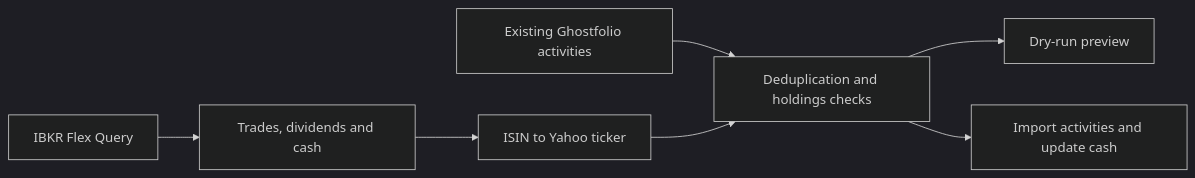
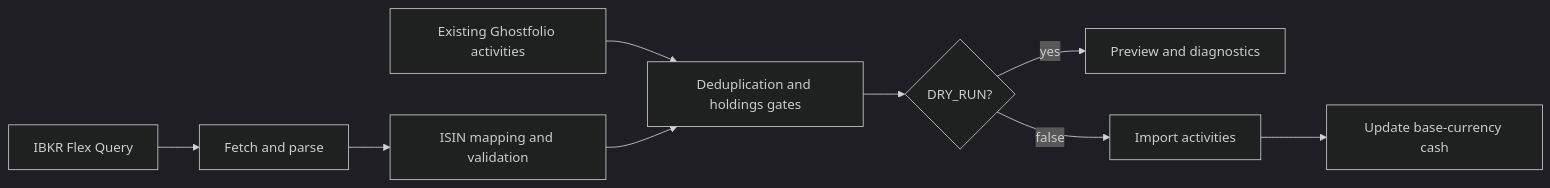
One commit to flowcool/ghostfolio-ibkr-sync changed the diagram in README.md. Above: the diagram before and after it, drawn with Mermaid (dark theme). The commit also changed other lines of this file and 14 other files, not shown here.

````diff
--- a/README.md
+++ b/README.md
@@ -15,9 +38,11 @@
 ```mermaid
 flowchart LR
-    IBKR[IBKR Flex Query] --> XML[Trades, dividends and cash]
-    XML --> Mapping[ISIN to Yahoo ticker]
-    Ghostfolio[Existing Ghostfolio activities] --> Checks[Deduplication and holdings checks]
-    Mapping --> Checks
-    Checks --> Preview[Dry-run preview]
-    Checks --> Import[Import activities and update cash]
+    A[IBKR Flex Query] --> B[Fetch and parse]
+    B --> C[ISIN mapping and validation]
+    D[Existing Ghostfolio activities] --> E[Deduplication and holdings gates]
+    C --> E
+    E --> F{DRY_RUN?}
+    F -->|yes| G[Preview and diagnostics]
+    F -->|false| H[Import activities]
+    H --> I[Update base-currency cash]
 ```
````
